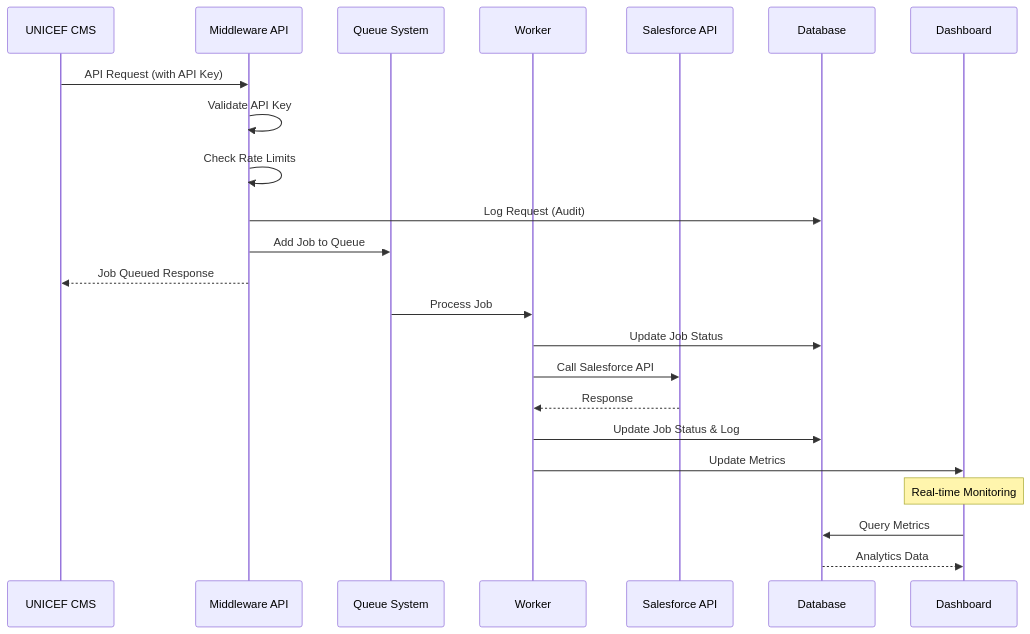
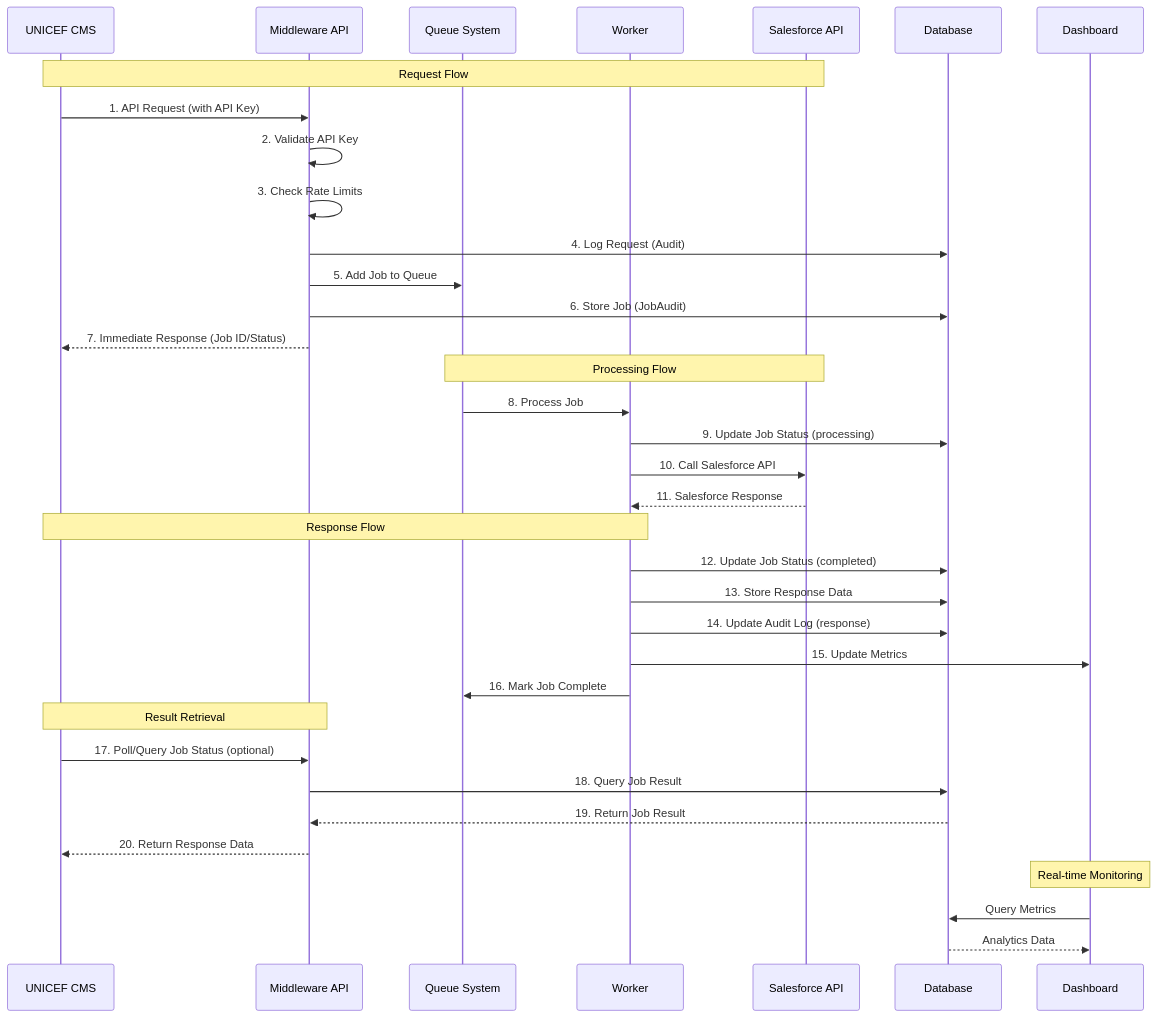
Before and after one commit to commoners1/unicef-sf-dashboard: the second of 3 diagrams in docs/REPORT.md, drawn with Mermaid. The commit also changed other lines of this file, not shown here.

Commit message:
update 10112025 v2

````diff
--- a/docs/REPORT.md
+++ b/docs/REPORT.md
@@ -145,28 +154,42 @@
 ```mermaid
 sequenceDiagram
     participant UC as UNICEF CMS
     participant MW as Middleware API
     participant Q as Queue System
     participant W as Worker
     participant SF as Salesforce API
     participant DB as Database
     participant Dash as Dashboard
     
-    UC->>MW: API Request (with API Key)
-    MW->>MW: Validate API Key
-    MW->>MW: Check Rate Limits
-    MW->>DB: Log Request (Audit)
-    MW->>Q: Add Job to Queue
-    MW-->>UC: Job Queued Response
+    Note over UC,SF: Request Flow
+    UC->>MW: 1. API Request (with API Key)
+    MW->>MW: 2. Validate API Key
+    MW->>MW: 3. Check Rate Limits
+    MW->>DB: 4. Log Request (Audit)
+    MW->>Q: 5. Add Job to Queue
+    MW->>DB: 6. Store Job (JobAudit)
+    MW-->>UC: 7. Immediate Response (Job ID/Status)
     
-    Q->>W: Process Job
-    W->>DB: Update Job Status
-    W->>SF: Call Salesforce API
-    SF-->>W: Response
-    W->>DB: Update Job Status & Log
-    W->>Dash: Update Metrics
+    Note over Q,SF: Processing Flow
+    Q->>W: 8. Process Job
+    W->>DB: 9. Update Job Status (processing)
+    W->>SF: 10. Call Salesforce API
+    SF-->>W: 11. Salesforce Response
+    
+    Note over W,UC: Response Flow
+    W->>DB: 12. Update Job Status (completed)
+    W->>DB: 13. Store Response Data
+    W->>DB: 14. Update Audit Log (response)
+    W->>Dash: 15. Update Metrics
+    W->>Q: 16. Mark Job Complete
+    
+    Note over UC,MW: Result Retrieval
+    UC->>MW: 17. Poll/Query Job Status (optional)
+    MW->>DB: 18. Query Job Result
+    DB-->>MW: 19. Return Job Result
+    MW-->>UC: 20. Return Response Data
     
     Note over Dash: Real-time Monitoring
     Dash->>DB: Query Metrics
     DB-->>Dash: Analytics Data
 ```
````
